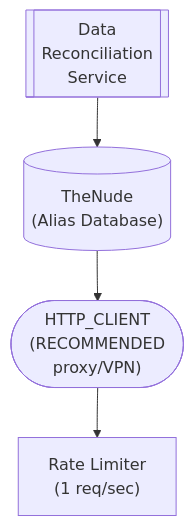
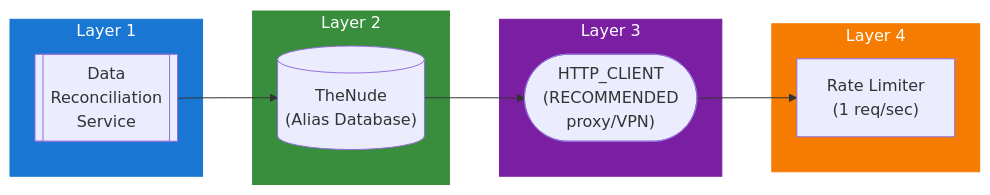
One commit to lusoris/revenge changed the diagram in docs/dev/design/integrations/metadata/adult/THENUDE.md. Above: the diagram before and after it, drawn with Mermaid. The commit also changed 215 other files, not shown here.

First line of the commit message:
feat(diagrams): convert all ASCII diagrams to Mermaid with LR subgraphs

````diff
--- a/docs/dev/design/integrations/metadata/adult/THENUDE.md
+++ b/docs/dev/design/integrations/metadata/adult/THENUDE.md
@@ -60,10 +60,29 @@
 ```mermaid
-flowchart TD
-    node1[["Data<br/>Reconciliation<br/>Service"]]
-    node2[("TheNude<br/>(Alias Database)")]
-    node3(["HTTP_CLIENT<br/>(RECOMMENDED<br/>proxy/VPN)"])
-    node4["Rate Limiter<br/>(1 req/sec)"]
+flowchart LR
+    subgraph Layer1["Layer 1"]
+        node1[["Data<br/>Reconciliation<br/>Service"]]
+    end
+
+    subgraph Layer2["Layer 2"]
+        node2[("TheNude<br/>(Alias Database)")]
+    end
+
+    subgraph Layer3["Layer 3"]
+        node3(["HTTP_CLIENT<br/>(RECOMMENDED<br/>proxy/VPN)"])
+    end
+
+    subgraph Layer4["Layer 4"]
+        node4["Rate Limiter<br/>(1 req/sec)"]
+    end
+
+    %% Connections
     node1 --> node2
     node2 --> node3
     node3 --> node4
+
+    %% Styling
+    style Layer1 fill:#1976D2,stroke:#1976D2,color:#fff
+    style Layer2 fill:#388E3C,stroke:#388E3C,color:#fff
+    style Layer3 fill:#7B1FA2,stroke:#7B1FA2,color:#fff
+    style Layer4 fill:#F57C00,stroke:#F57C00,color:#fff
 ```
````
